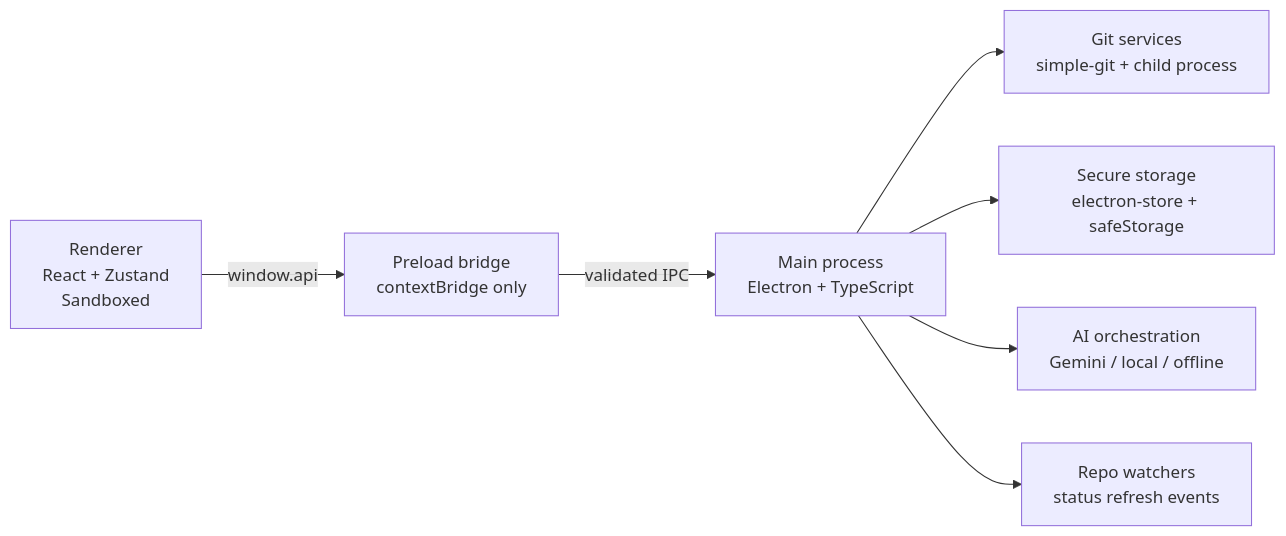
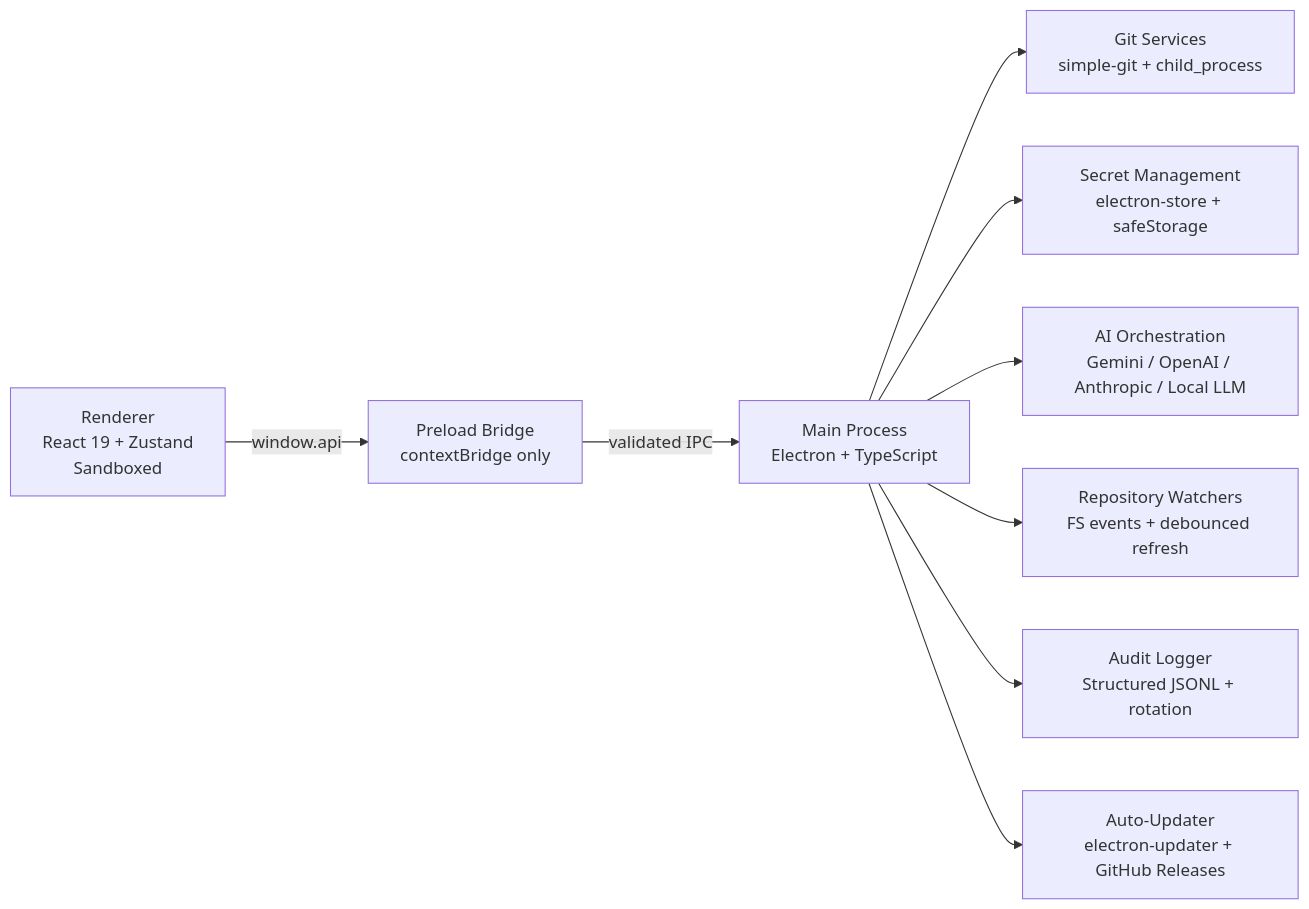
One commit to Raoof128/GitSwitch changed the diagram in ARCHITECTURE.md. Above: the diagram before and after it, drawn with Mermaid. The commit also changed other lines of this file and 13 other files, not shown here.

````diff
--- a/ARCHITECTURE.md
+++ b/ARCHITECTURE.md
@@ -7,9 +9,11 @@
 ```mermaid
 flowchart LR
-  Renderer["Renderer\nReact + Zustand\nSandboxed"] -->|window.api| Preload["Preload bridge\ncontextBridge only"]
-  Preload -->|validated IPC| Main["Main process\nElectron + TypeScript"]
-  Main --> Git["Git services\nsimple-git + child process"]
-  Main --> Secrets["Secure storage\nelectron-store + safeStorage"]
-  Main --> AI["AI orchestration\nGemini / local / offline"]
-  Main --> Watchers["Repo watchers\nstatus refresh events"]
+  Renderer["Renderer\nReact 19 + Zustand\nSandboxed"] -->|"window.api"| Preload["Preload Bridge\ncontextBridge only"]
+  Preload -->|"validated IPC"| Main["Main Process\nElectron + TypeScript"]
+  Main --> Git["Git Services\nsimple-git + child_process"]
+  Main --> Secrets["Secret Management\nelectron-store + safeStorage"]
+  Main --> AI["AI Orchestration\nGemini / OpenAI / Anthropic / Local LLM"]
+  Main --> Watchers["Repository Watchers\nFS events + debounced refresh"]
+  Main --> Audit["Audit Logger\nStructured JSONL + rotation"]
+  Main --> Update["Auto-Updater\nelectron-updater + GitHub Releases"]
 ```
````
